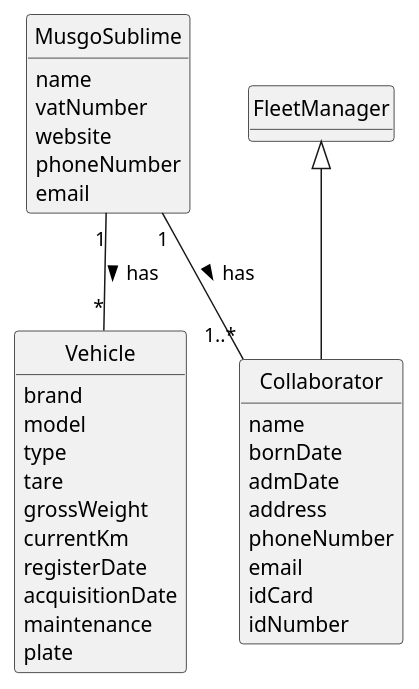
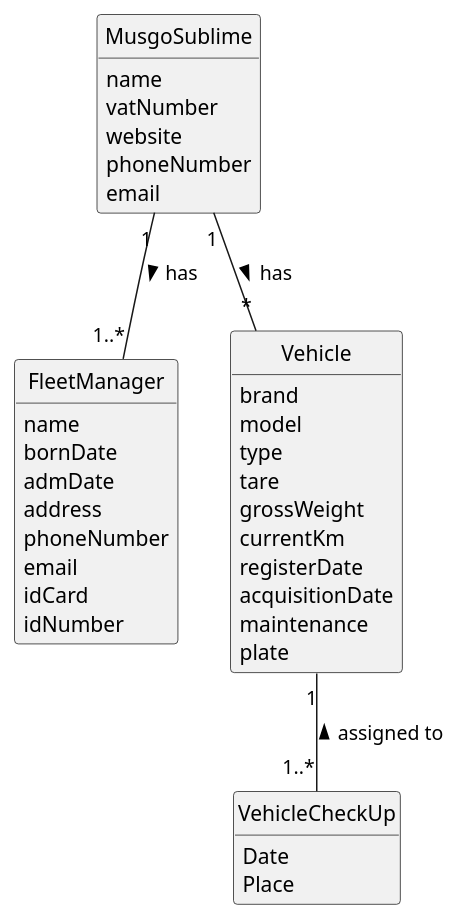
One commit to 1231360-ISEP/lei-24-s2-1db-g021 changed the diagram in docs/sprintA/us008/02.analysis/puml/us008-domain-model.puml. Above: the diagram before and after it, drawn with PlantUML. The commit also changed 3 other files, not shown here.

```diff
--- a/docs/sprintA/us008/02.analysis/puml/us008-domain-model.puml
+++ b/docs/sprintA/us008/02.analysis/puml/us008-domain-model.puml
@@ -1,51 +1,54 @@
 @startuml
 skinparam monochrome true
 skinparam packageStyle rectangle
 skinparam shadowing false
 
 'left to right direction
 
 skinparam classAttributeIconSize 0
 
 hide circle
 hide methods
 
 'title Domain Model
 
 class MusgoSublime {
     name
     vatNumber
     website
     phoneNumber
     email
 }
-class Collaborator {
+class FleetManager {
     name
     bornDate
     admDate
     address
     phoneNumber
     email
     idCard
     idNumber
-}
-
-class FleetManager {
 }
 
 class Vehicle {
     brand
     model
     type
     tare
     grossWeight
     currentKm
     registerDate
     acquisitionDate
     maintenance
     plate
 }
-MusgoSublime "1" -- "1..*" Collaborator : has >
-FleetManager  <|-- Collaborator
+
+class VehicleCheckUp {
+    Date
+    Place
+}
+
+MusgoSublime "1" -- "1..*" FleetManager : has >
 MusgoSublime "1" -- "*" Vehicle : has >
+Vehicle "1" -- "1..*" VehicleCheckUp : assigned to <
 @enduml
```
